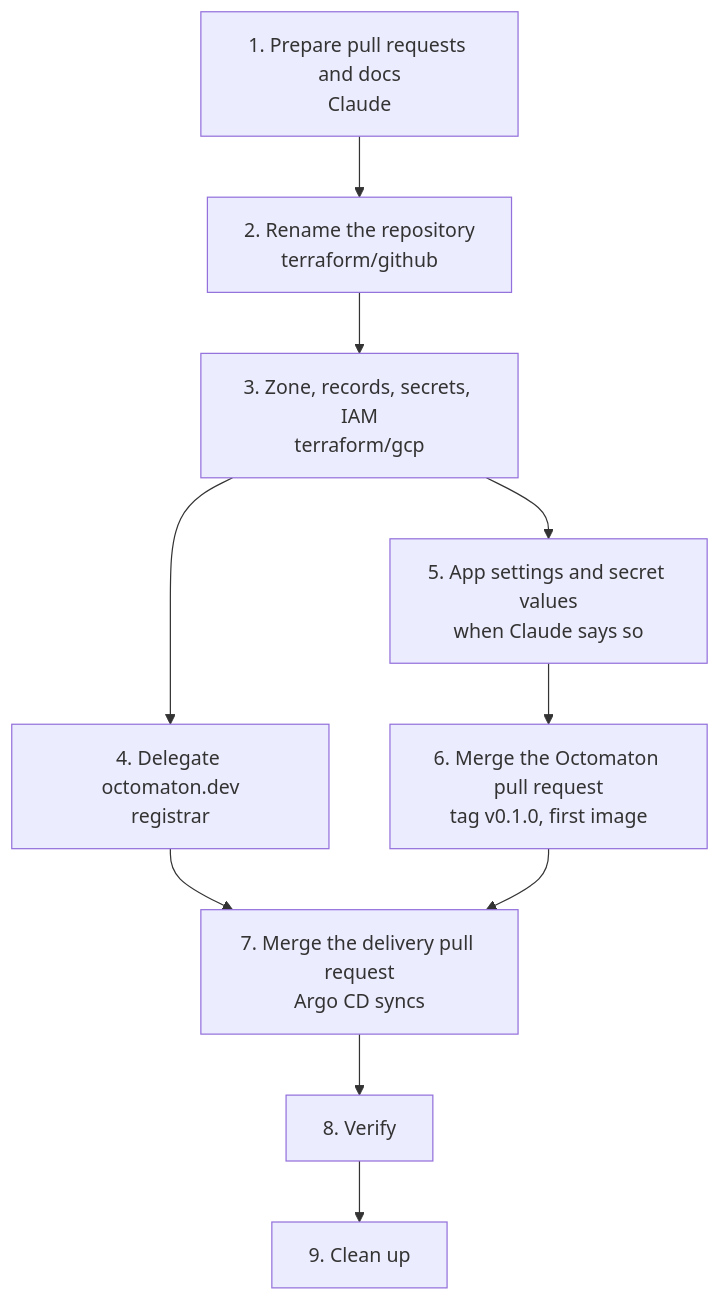
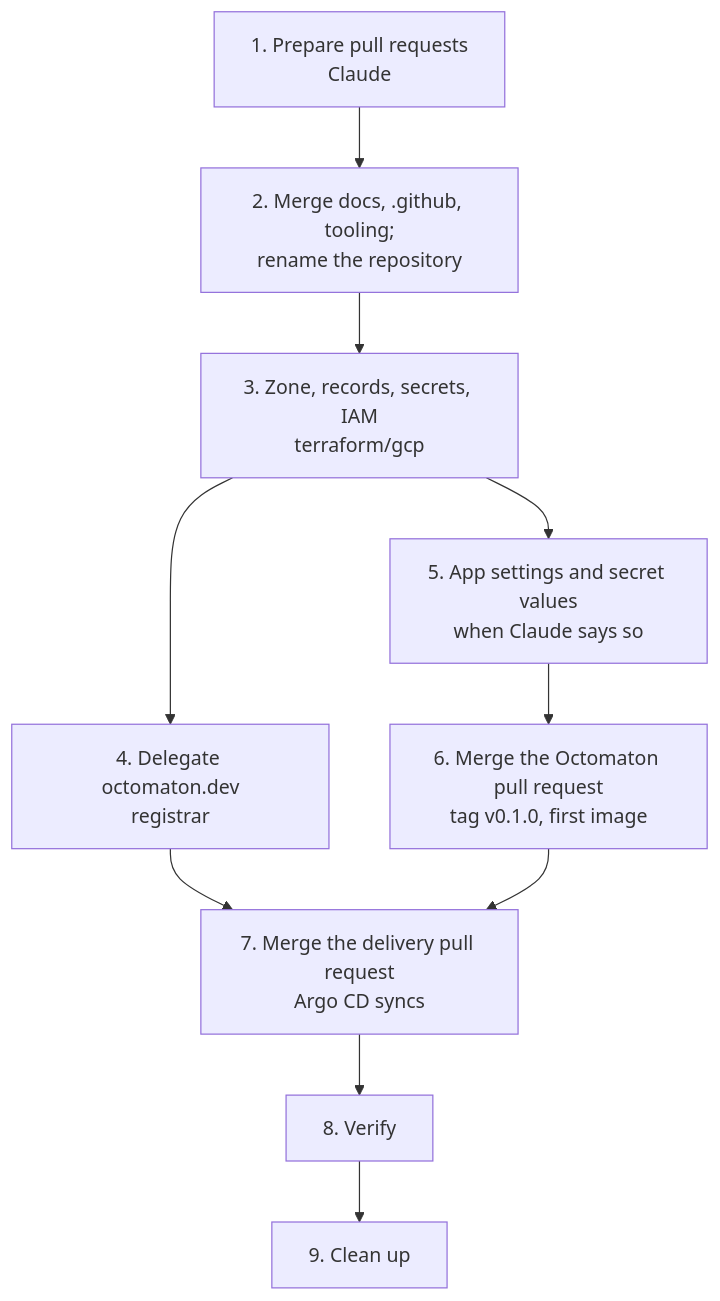
The diagram in hub/runbooks/octomaton-rename.md (arikkfir-org/docs), drawn with Mermaid before and after one commit. The commit also changed other lines of this file and 15 other files, not shown here.

````diff
--- a/hub/runbooks/octomaton-rename.md
+++ b/hub/runbooks/octomaton-rename.md
@@ -47,12 +32,12 @@
 ```mermaid
 flowchart TD
-  S1["1. Prepare pull requests and docs<br/>Claude"] --> S2["2. Rename the repository<br/>terraform/github"]
+  S1["1. Prepare pull requests<br/>Claude"] --> S2["2. Merge docs, .github, tooling;<br/>rename the repository"]
   S2 --> S3["3. Zone, records, secrets, IAM<br/>terraform/gcp"]
   S3 --> S4["4. Delegate octomaton.dev<br/>registrar"]
   S3 --> S5["5. App settings and secret values<br/>when Claude says so"]
   S5 --> S6["6. Merge the Octomaton pull request<br/>tag v0.1.0, first image"]
   S4 --> S7["7. Merge the delivery pull request<br/>Argo CD syncs"]
   S6 --> S7
   S7 --> S8["8. Verify"]
   S8 --> S9["9. Clean up"]
 ```
````
